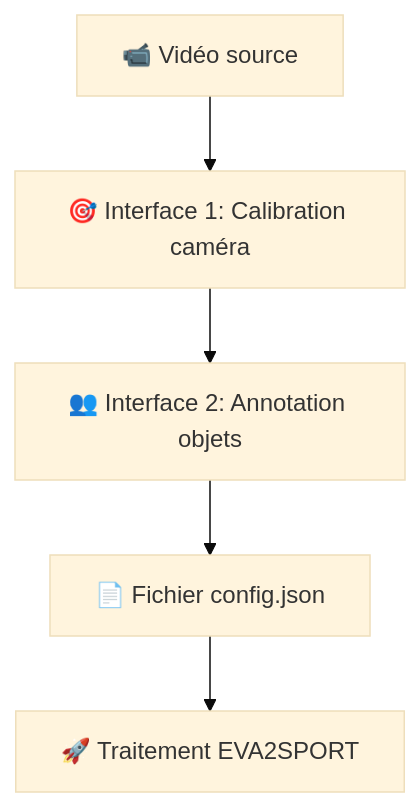
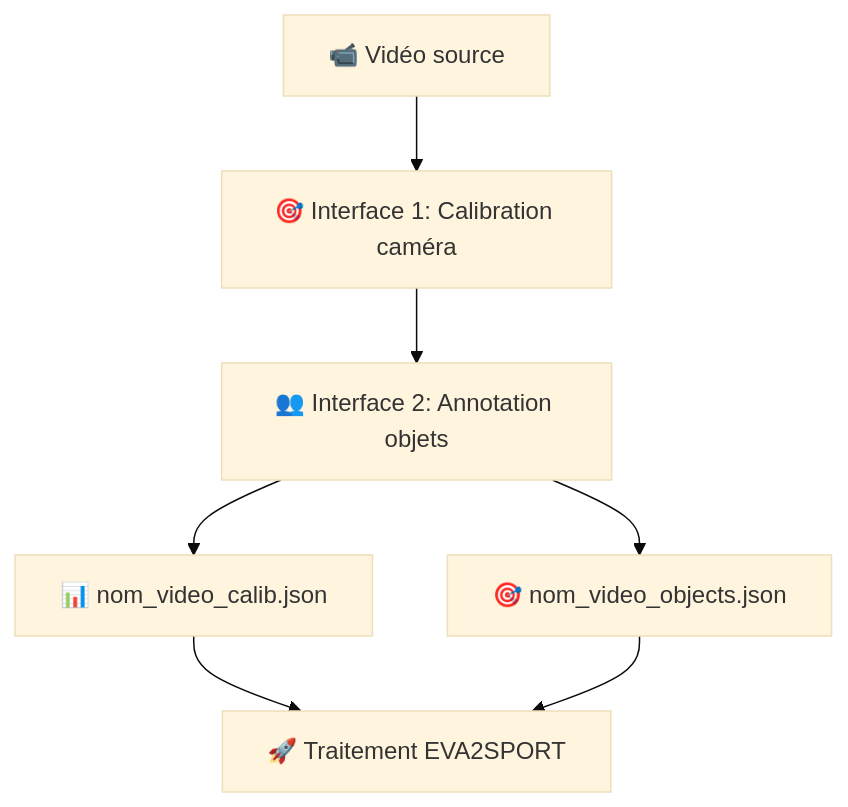
One commit to 2nzi/EVA2SPORT changed the diagram in data/README.md. Above: the diagram before and after it, drawn with Mermaid (base theme). The commit also changed other lines of this file and 2 other files, not shown here.

First line of the commit message:
Update README and data preparation documentation for EVA2SPORT

````diff
--- a/data/README.md
+++ b/data/README.md
@@ -11,7 +11,9 @@
 ```mermaid
 graph TD
     A[📹 Vidéo source] --> B[🎯 Interface 1: Calibration caméra]
     B --> C[👥 Interface 2: Annotation objets]
-    C --> D[📄 Fichier config.json]
-    D --> E[🚀 Traitement EVA2SPORT]
+    C --> D[📊 nom_video_calib.json]
+    C --> E[🎯 nom_video_objects.json]
+    D --> F[🚀 Traitement EVA2SPORT]
+    E --> F
 ```
````
